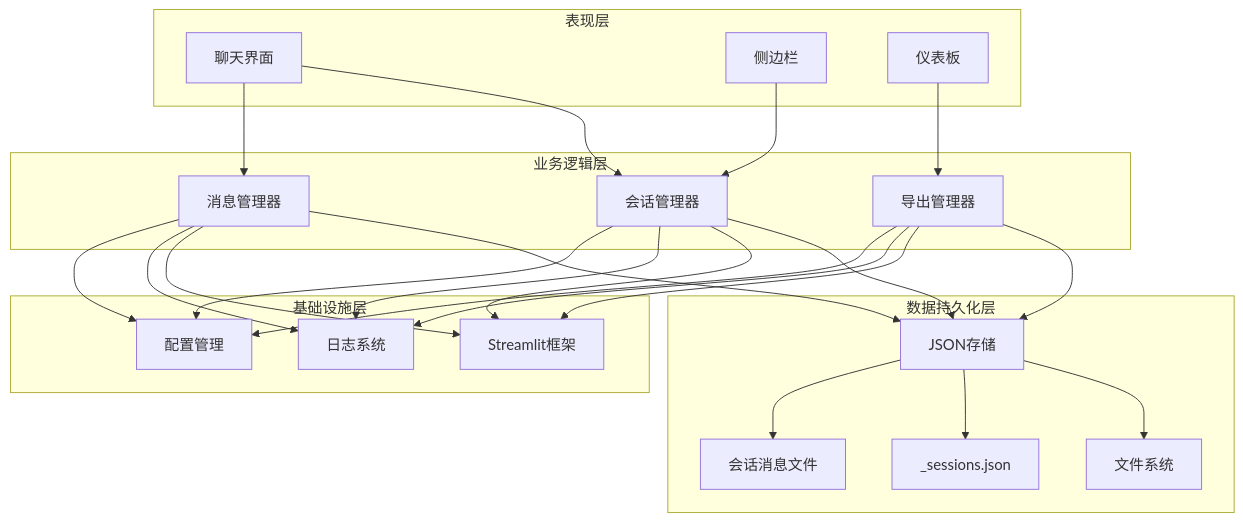
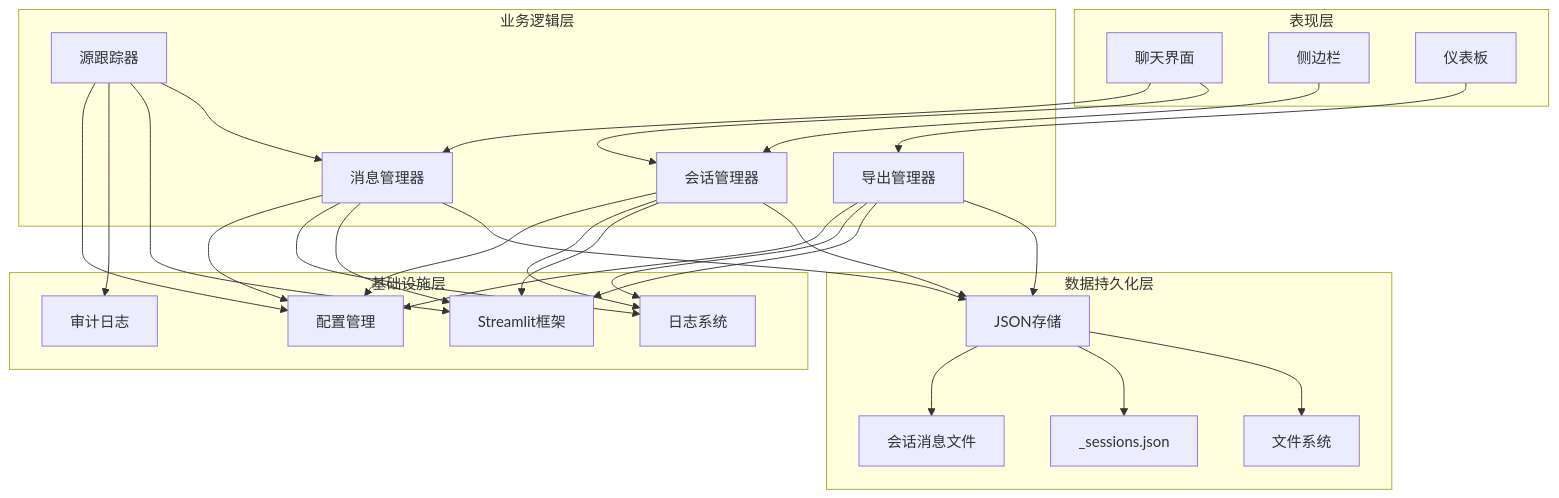
The second of 9 diagrams in .qoder/repowiki/zh/content/业务服务层/会话历史管理.md (joyafa/knowledge), drawn with Mermaid before and after one commit. The commit also changed other lines of this file and 16 other files, not shown here.

````diff
--- a/.qoder/repowiki/zh/content/业务服务层/会话历史管理.md
+++ b/.qoder/repowiki/zh/content/业务服务层/会话历史管理.md
@@ -102,43 +113,49 @@
 ```mermaid
 graph TB
 subgraph "表现层"
 UIChat[聊天界面]
 UISidebar[侧边栏]
 UIDashboard[仪表板]
 end
 subgraph "业务逻辑层"
 SessionMgr[会话管理器]
 MessageMgr[消息管理器]
 ExportMgr[导出管理器]
+SourceTracker[源跟踪器]
 end
 subgraph "数据持久化层"
 FileSystem[文件系统]
 JSONStorage[JSON存储]
 SessionFile[_sessions.json]
 MessageFiles[会话消息文件]
 end
 subgraph "基础设施层"
 Streamlit[Streamlit框架]
 Logging[日志系统]
 Config[配置管理]
+AuditLog[审计日志]
 end
 UIChat --> SessionMgr
 UIChat --> MessageMgr
 UISidebar --> SessionMgr
 UIDashboard --> ExportMgr
 SessionMgr --> JSONStorage
 MessageMgr --> JSONStorage
 ExportMgr --> JSONStorage
+SourceTracker --> MessageMgr
 JSONStorage --> FileSystem
 JSONStorage --> SessionFile
 JSONStorage --> MessageFiles
 SessionMgr --> Streamlit
 MessageMgr --> Streamlit
 ExportMgr --> Streamlit
+SourceTracker --> Streamlit
 SessionMgr --> Logging
 MessageMgr --> Logging
 ExportMgr --> Logging
+SourceTracker --> AuditLog
 SessionMgr --> Config
 MessageMgr --> Config
 ExportMgr --> Config
+SourceTracker --> Config
 ```
````
